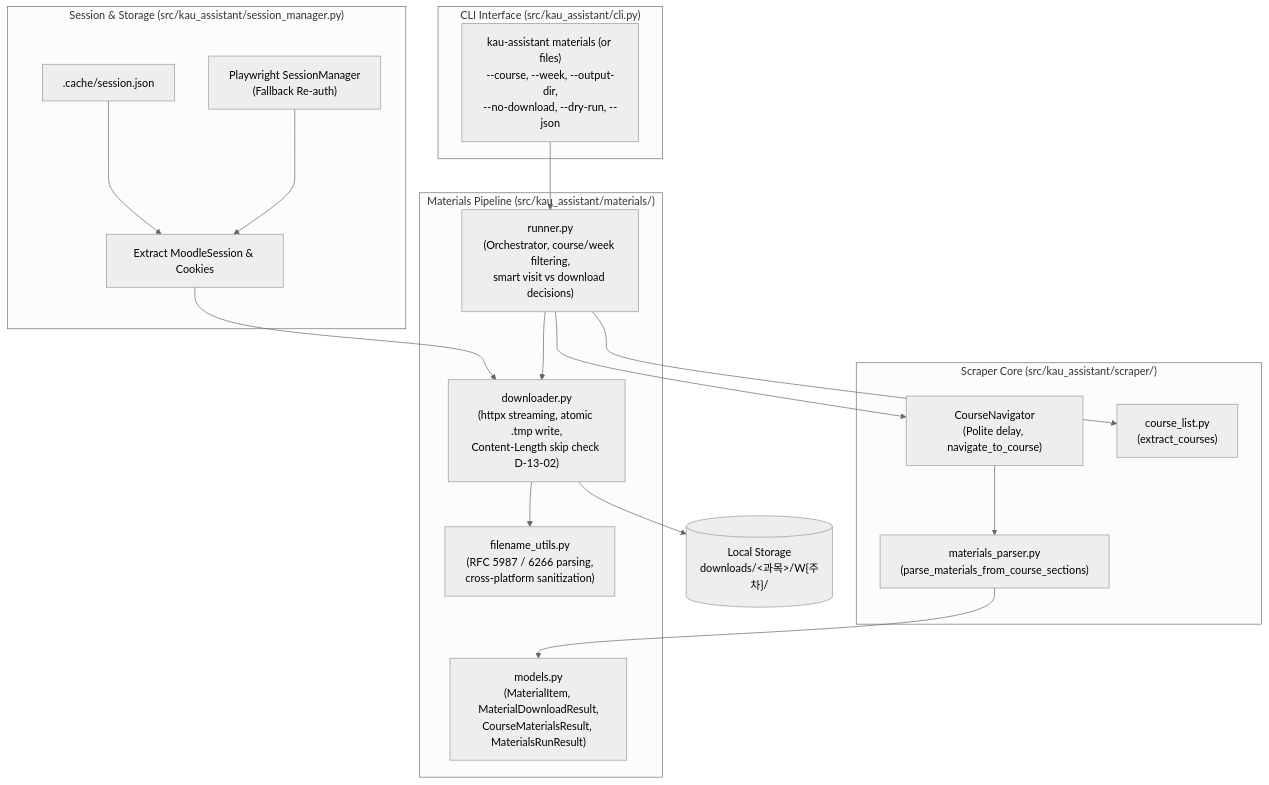
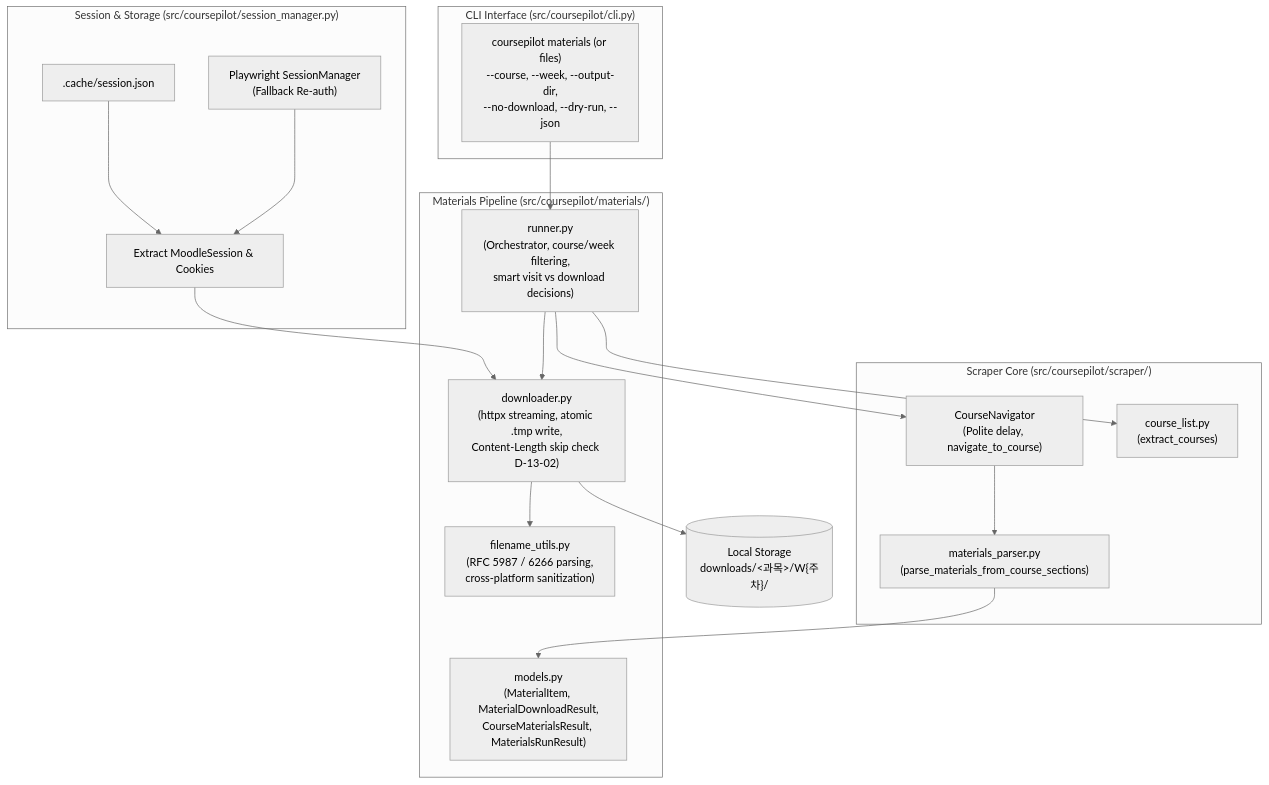
One commit to 4lph4-dvlp/coursePilot changed the diagram in .planning/phases/13-learning-materials-ubfile-auto-completion-file-downloader/13-PATTERNS.md. Above: the diagram before and after it, drawn with Mermaid (neutral theme). The commit also changed other lines of this file and 130 other files, not shown here.

````diff
--- a/.planning/phases/13-learning-materials-ubfile-auto-completion-file-downloader/13-PATTERNS.md
+++ b/.planning/phases/13-learning-materials-ubfile-auto-completion-file-downloader/13-PATTERNS.md
@@ -13,34 +13,34 @@
 ```mermaid
 flowchart TD
-    subgraph CLI ["CLI Interface (src/kau_assistant/cli.py)"]
-        Cmd["kau-assistant materials (or files)<br/>--course, --week, --output-dir,<br/>--no-download, --dry-run, --json"]
+    subgraph CLI ["CLI Interface (src/coursepilot/cli.py)"]
+        Cmd["coursepilot materials (or files)<br/>--course, --week, --output-dir,<br/>--no-download, --dry-run, --json"]
     end
 
-    subgraph Auth ["Session & Storage (src/kau_assistant/session_manager.py)"]
+    subgraph Auth ["Session & Storage (src/coursepilot/session_manager.py)"]
         Cache[".cache/session.json"] --> CookieJar["Extract MoodleSession & Cookies"]
         PW["Playwright SessionManager<br/>(Fallback Re-auth)"] --> CookieJar
     end
 
-    subgraph Scraper ["Scraper Core (src/kau_assistant/scraper/)"]
+    subgraph Scraper ["Scraper Core (src/coursepilot/scraper/)"]
         Nav["CourseNavigator<br/>(Polite delay, navigate_to_course)"]
         CL["course_list.py<br/>(extract_courses)"]
         MP["materials_parser.py<br/>(parse_materials_from_course_sections)"]
     end
 
-    subgraph MaterialsEngine ["Materials Pipeline (src/kau_assistant/materials/)"]
+    subgraph MaterialsEngine ["Materials Pipeline (src/coursepilot/materials/)"]
         Runner["runner.py<br/>(Orchestrator, course/week filtering,<br/>smart visit vs download decisions)"]
         Downloader["downloader.py<br/>(httpx streaming, atomic .tmp write,<br/>Content-Length skip check D-13-02)"]
         FNUtils["filename_utils.py<br/>(RFC 5987 / 6266 parsing,<br/>cross-platform sanitization)"]
         Models["models.py<br/>(MaterialItem, MaterialDownloadResult,<br/>CourseMaterialsResult, MaterialsRunResult)"]
     end
 
     Cmd --> Runner
     CookieJar --> Downloader
     Runner --> CL
     Runner --> Nav
     Nav --> MP
     MP --> Models
     Runner --> Downloader
     Downloader --> FNUtils
     Downloader --> Disk[("Local Storage<br/>downloads/<과목>/W{주차}/")]
 ```
````
